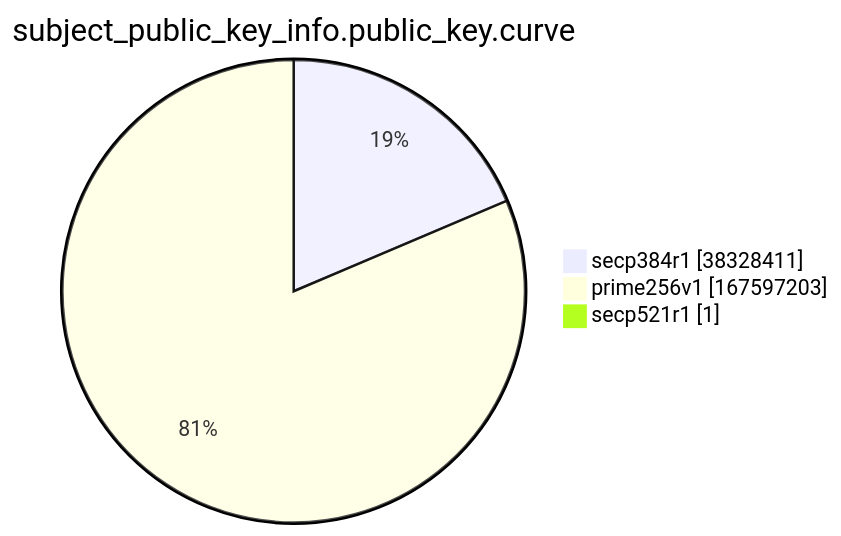
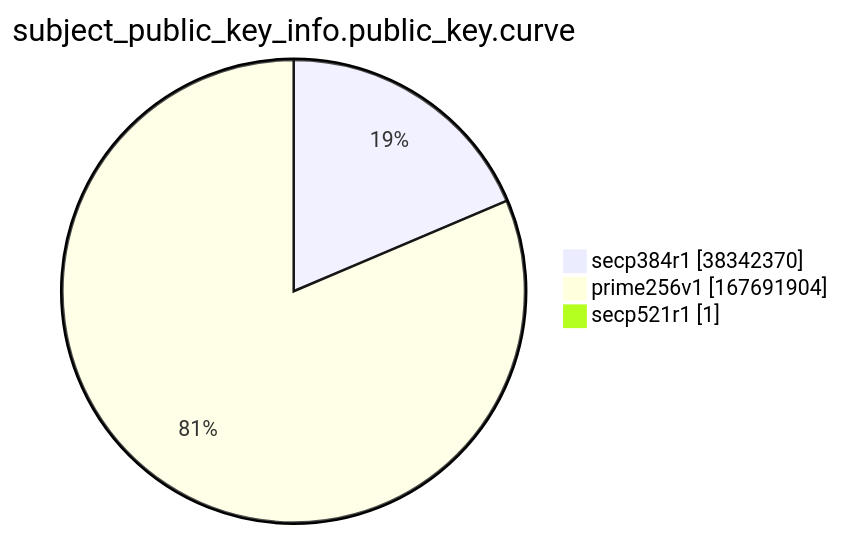
One commit to christiankrug/ctmonitor_visualization changed the ninth of 15 diagrams in argon2022/README.md. Above: the diagram before and after it, drawn with Mermaid. The commit also changed other lines of this file, not shown here.

````diff
--- a/argon2022/README.md
+++ b/argon2022/README.md
@@ -2766,7 +2766,7 @@
 ```mermaid
 pie showData
 title subject_public_key_info.public_key.curve
-"secp384r1" :38328411
-"prime256v1" :167597203
+"secp384r1" :38342370
+"prime256v1" :167691904
 "secp521r1" :1
 ```
````
